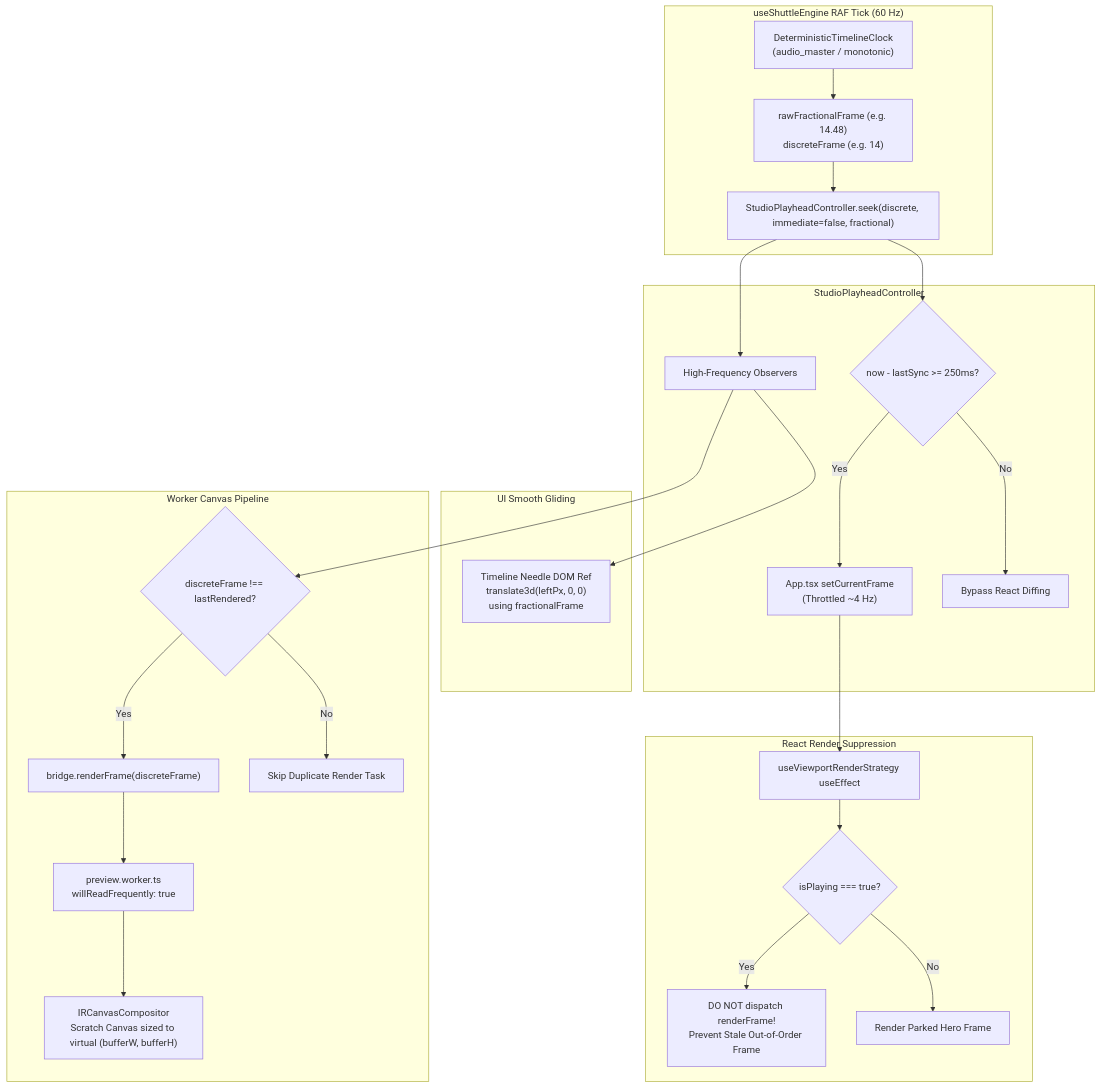
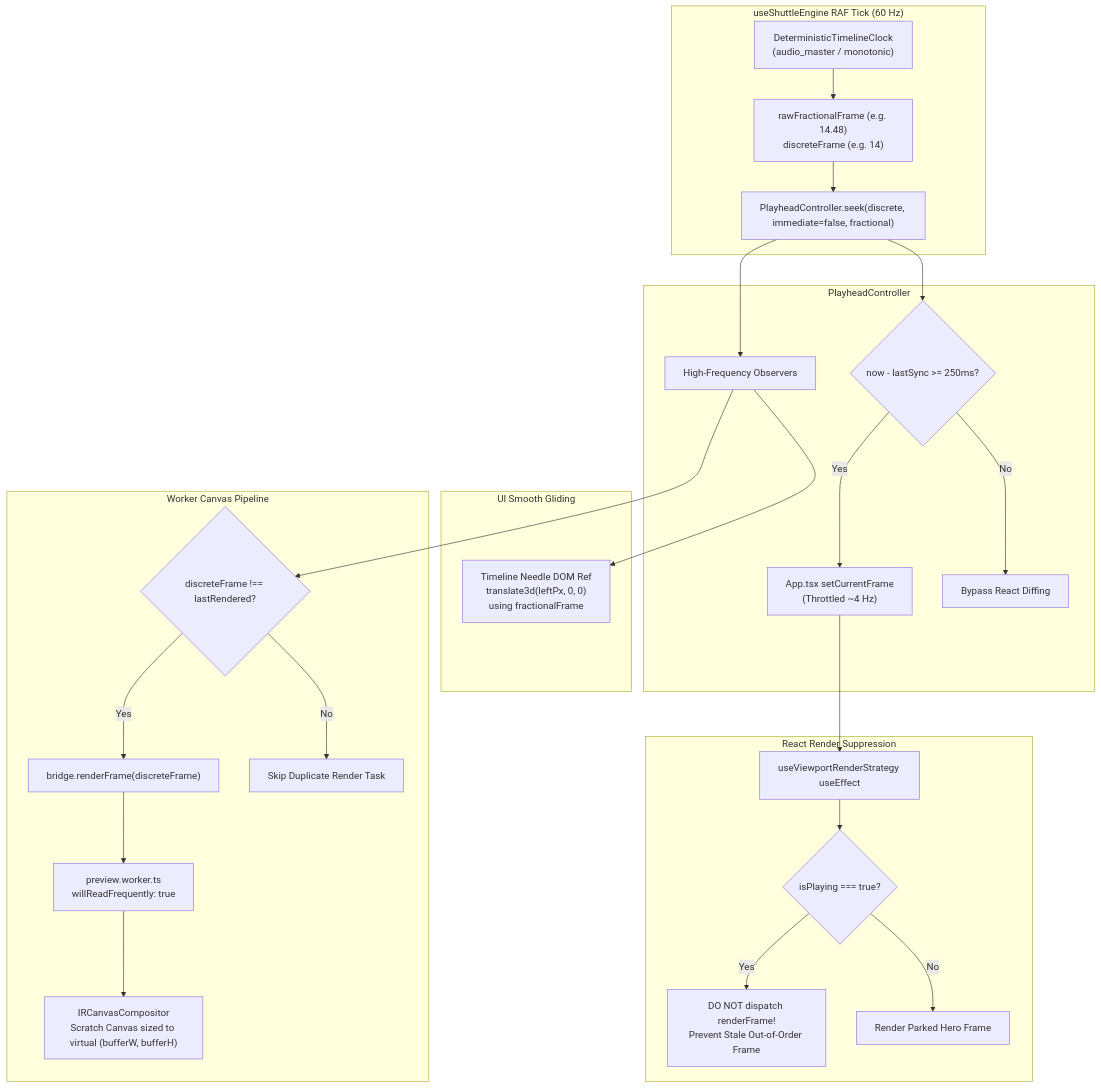
Before and after one commit to tamanle23/acc: the diagram in docs/iterations/master_implementation_plan_iteration_60.md, drawn with Mermaid. The commit also changed other lines of this file and 31 other files, not shown here.

````diff
--- a/docs/iterations/master_implementation_plan_iteration_60.md
+++ b/docs/iterations/master_implementation_plan_iteration_60.md
@@ -27,33 +27,33 @@
 ```mermaid
 flowchart TD
     subgraph ShuttleLoop ["useShuttleEngine RAF Tick (60 Hz)"]
         Clock["DeterministicTimelineClock\n(audio_master / monotonic)"] --> TargetFrame["rawFractionalFrame (e.g. 14.48)\ndiscreteFrame (e.g. 14)"]
-        TargetFrame --> SeekCall["StudioPlayheadController.seek(discrete, immediate=false, fractional)"]
+        TargetFrame --> SeekCall["PlayheadController.seek(discrete, immediate=false, fractional)"]
     end
 
-    subgraph Controller ["StudioPlayheadController"]
+    subgraph Controller ["PlayheadController"]
         SeekCall --> HighFreqSubscribers["High-Frequency Observers"]
         SeekCall --> LowFreqThrottle{"now - lastSync >= 250ms?"}
         LowFreqThrottle -- Yes --> ReactState["App.tsx setCurrentFrame\n(Throttled ~4 Hz)"]
         LowFreqThrottle -- No --> SkipReact["Bypass React Diffing"]
     end
 
     subgraph NeedlePath ["UI Smooth Gliding"]
         HighFreqSubscribers --> NeedleDOM["Timeline Needle DOM Ref\ntranslate3d(leftPx, 0, 0)\nusing fractionalFrame"]
     end
 
     subgraph CanvasPath ["Worker Canvas Pipeline"]
         HighFreqSubscribers --> DedupeCheck{"discreteFrame !== lastRendered?"}
         DedupeCheck -- Yes --> WorkerPost["bridge.renderFrame(discreteFrame)"]
         DedupeCheck -- No --> SkipRender["Skip Duplicate Render Task"]
         WorkerPost --> WorkerThread["preview.worker.ts\nwillReadFrequently: true"]
         WorkerThread --> Compositor["IRCanvasCompositor\nScratch Canvas sized to virtual (bufferW, bufferH)"]
     end
 
     subgraph ReactSuppression ["React Render Suppression"]
         ReactState --> ReactEffect["useViewportRenderStrategy useEffect"]
         ReactEffect --> PlayCheck{"isPlaying === true?"}
         PlayCheck -- Yes --> Suppress["DO NOT dispatch renderFrame!\nPrevent Stale Out-of-Order Frame"]
         PlayCheck -- No --> HeroRender["Render Parked Hero Frame"]
     end
 ```
````
